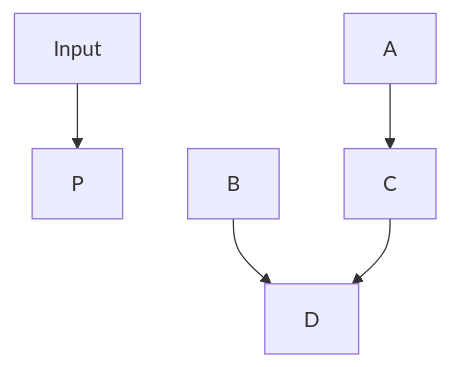
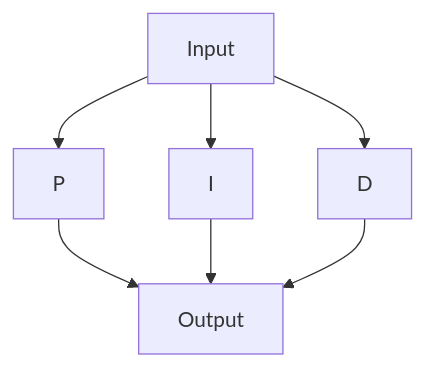
One commit to TheBaronBlood/Lego-Spike-Prime changed the diagram in Programms/PID.md. Above: the diagram before and after it, drawn with Mermaid.

````diff
--- a/Programms/PID.md
+++ b/Programms/PID.md
@@ -1,7 +1,9 @@
 ```mermaid
   graph TD;
       Input --> P;
-      A-->C;
-      B-->D;
-      C-->D;
+      Input --> I;
+      Input --> D;
+      P --> Output;
+      I --> Output;
+      D --> Output;
 ```
````
